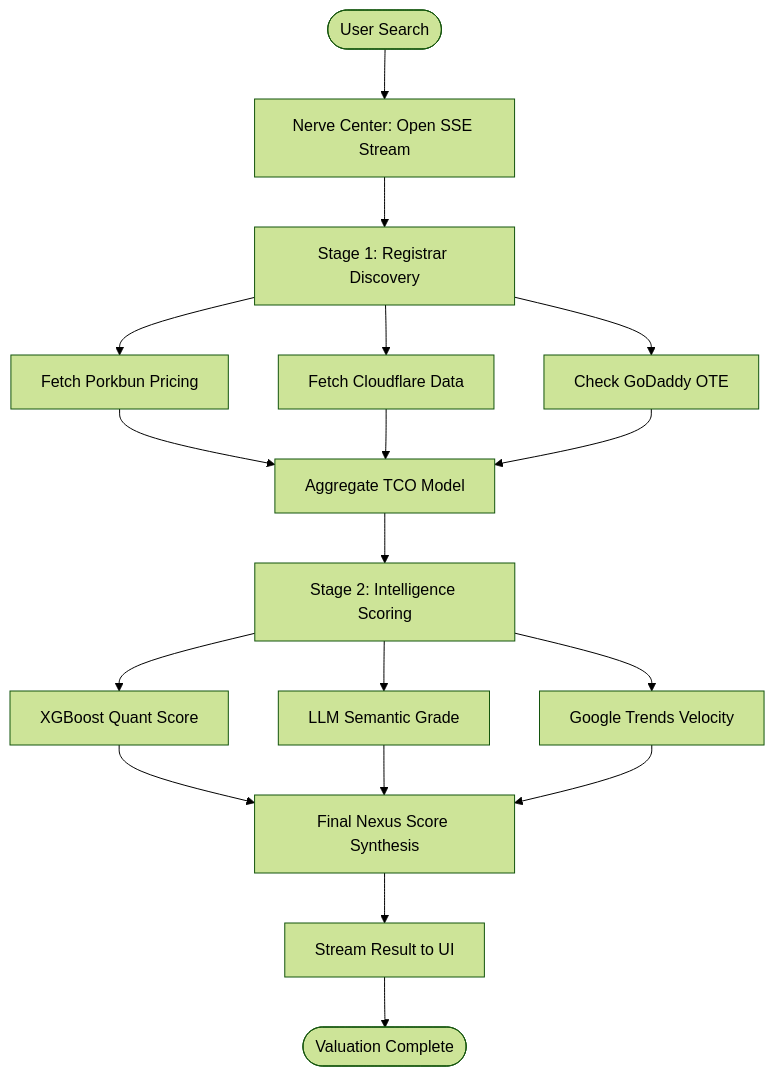
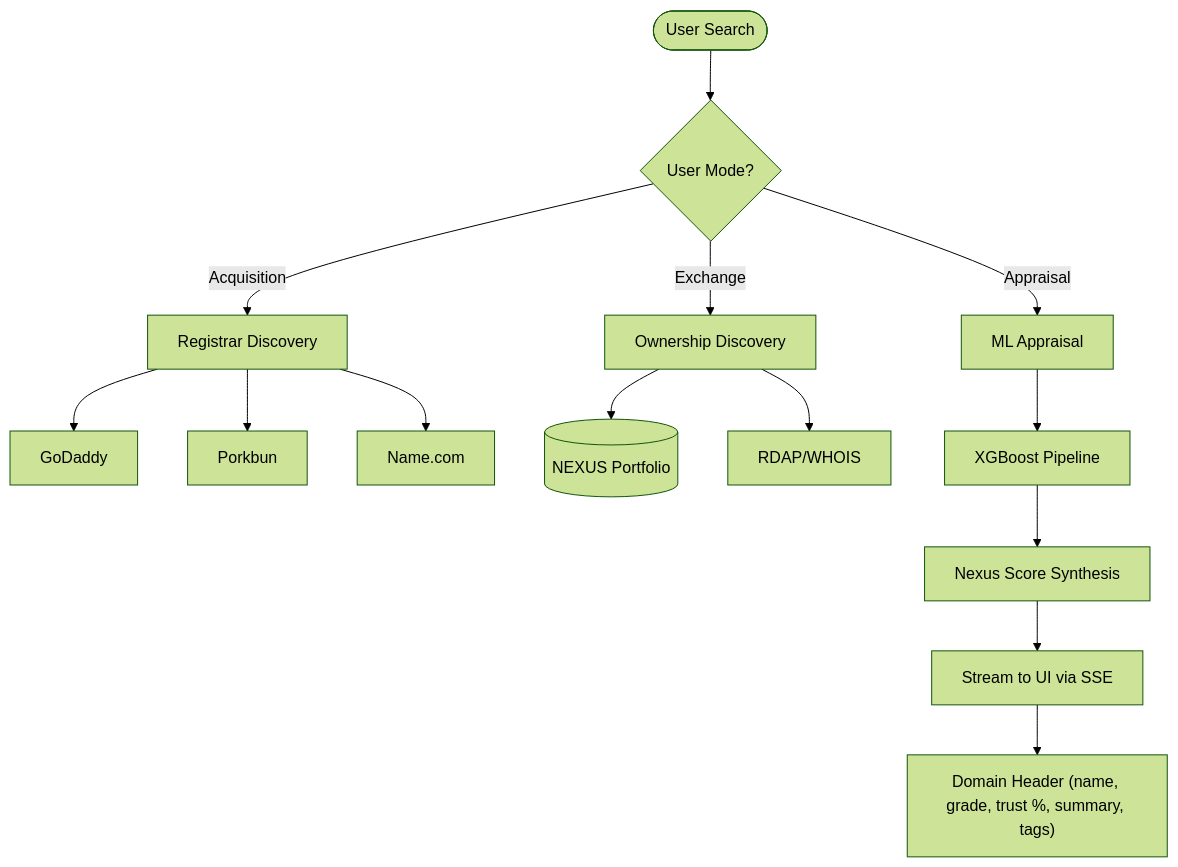
Before and after one commit to electron000/NEXUS: the third of 4 diagrams in DOCUMENTATION.md, drawn with Mermaid (forest theme). The commit also changed other lines of this file and 52 other files, not shown here.

````diff
--- a/DOCUMENTATION.md
+++ b/DOCUMENTATION.md
@@ -87,19 +88,15 @@
 ```mermaid
 flowchart TD
-    Start([User Search]) --> Request[Nerve Center: Open SSE Stream]
-    Request --> Stage1[Stage 1: Registrar Discovery]
-    Stage1 --> P1[Fetch Porkbun Pricing]
-    Stage1 --> P2[Fetch Cloudflare Data]
-    Stage1 --> P3[Check GoDaddy OTE]
-    
-    P1 & P2 & P3 --> Aggregator[Aggregate TCO Model]
-    Aggregator --> Stage2[Stage 2: Intelligence Scoring]
-    
-    Stage2 --> ML[XGBoost Quant Score]
-    Stage2 --> SEM[LLM Semantic Grade]
-    Stage2 --> TRD[Google Trends Velocity]
-    
-    ML & SEM & TRD --> Synthesis[Final Nexus Score Synthesis]
-    Synthesis --> Output[Stream Result to UI]
-    Output --> End([Valuation Complete])
+    Start([User Search]) --> Intent{User Mode?}
+    Intent -- Acquisition --> Stage1[Registrar Discovery]
+    Intent -- Appraisal --> StageApp[ML Appraisal]
+    Intent -- Exchange --> StageOwn[Ownership Discovery]
+
+    Stage1 --> P1[GoDaddy] & P2[Porkbun] & P3[Name.com]
+    StageOwn --> DB_Lookup[(NEXUS Portfolio)] & RDAP[RDAP/WHOIS]
+    StageApp --> ML[XGBoost Pipeline]
+
+    ML --> Synthesis[Nexus Score Synthesis]
+    Synthesis --> Output[Stream to UI via SSE]
+    Output --> Results["Domain Header (name, grade, trust %, summary, tags)"]
 ```
````
